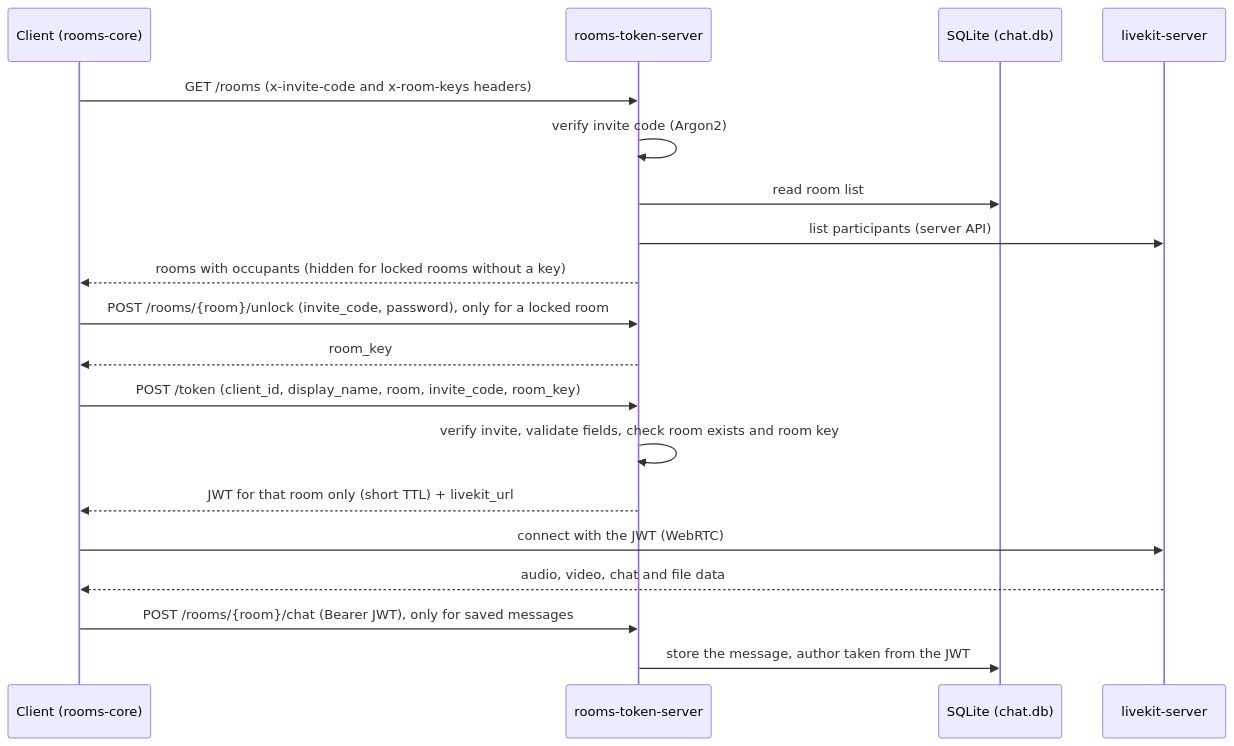
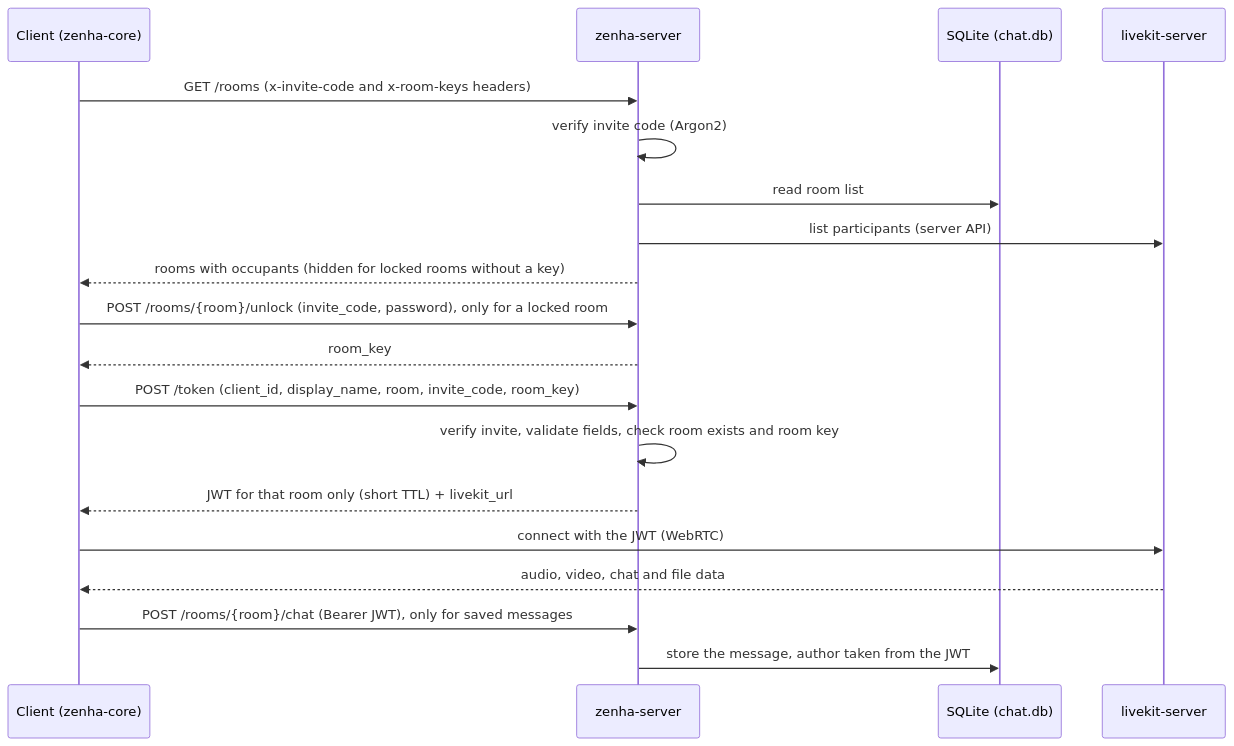
The second of 2 diagrams in docs/architecture.md (Pedroklg/zenha), drawn with Mermaid before and after one commit. The commit also changed other lines of this file and 263 other files, not shown here.

First line of the commit message:
refactor: rename the rooms crates and environment variables to zenha

````diff
--- a/docs/architecture.md
+++ b/docs/architecture.md
@@ -48,22 +48,22 @@
 ```mermaid
 sequenceDiagram
-  participant C as Client (rooms-core)
-  participant T as rooms-token-server
+  participant C as Client (zenha-core)
+  participant T as zenha-server
   participant DB as SQLite (chat.db)
   participant L as livekit-server
 
   C->>T: GET /rooms (x-invite-code and x-room-keys headers)
   T->>T: verify invite code (Argon2)
   T->>DB: read room list
   T->>L: list participants (server API)
   T-->>C: rooms with occupants (hidden for locked rooms without a key)
   C->>T: POST /rooms/{room}/unlock (invite_code, password), only for a locked room
   T-->>C: room_key
   C->>T: POST /token (client_id, display_name, room, invite_code, room_key)
   T->>T: verify invite, validate fields, check room exists and room key
   T-->>C: JWT for that room only (short TTL) + livekit_url
   C->>L: connect with the JWT (WebRTC)
   L-->>C: audio, video, chat and file data
   C->>T: POST /rooms/{room}/chat (Bearer JWT), only for saved messages
   T->>DB: store the message, author taken from the JWT
 ```
````
